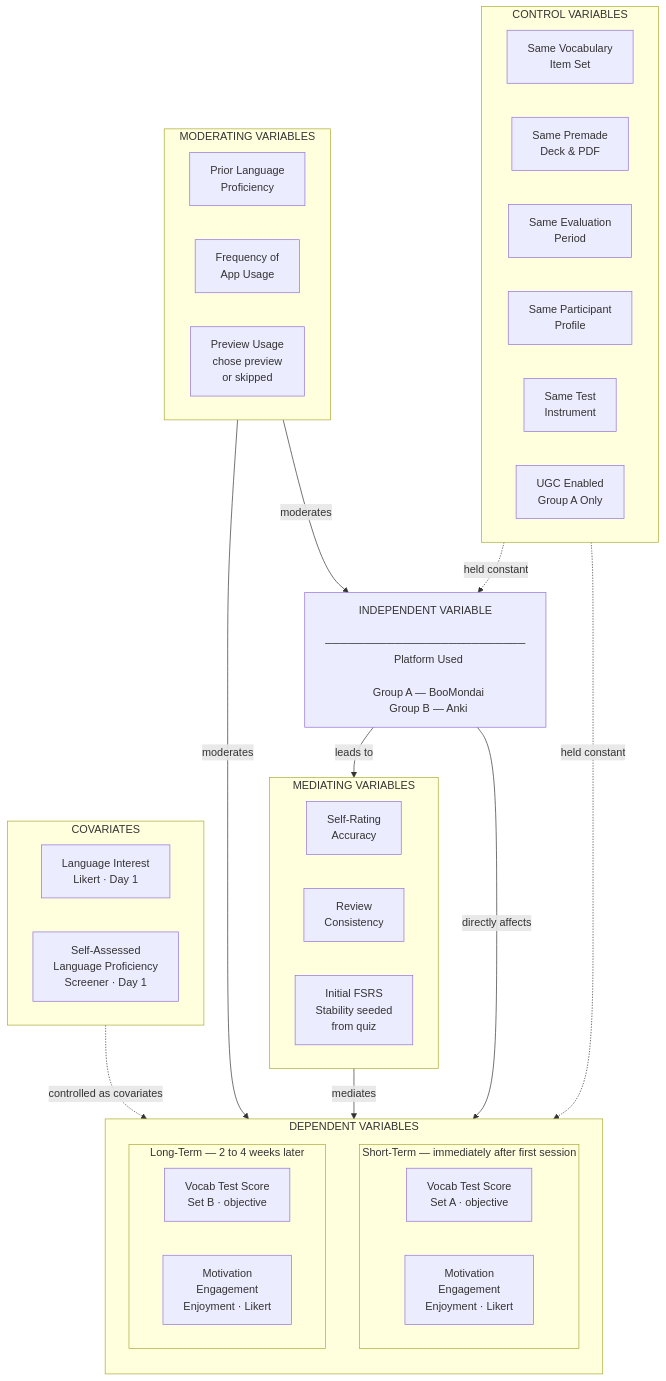
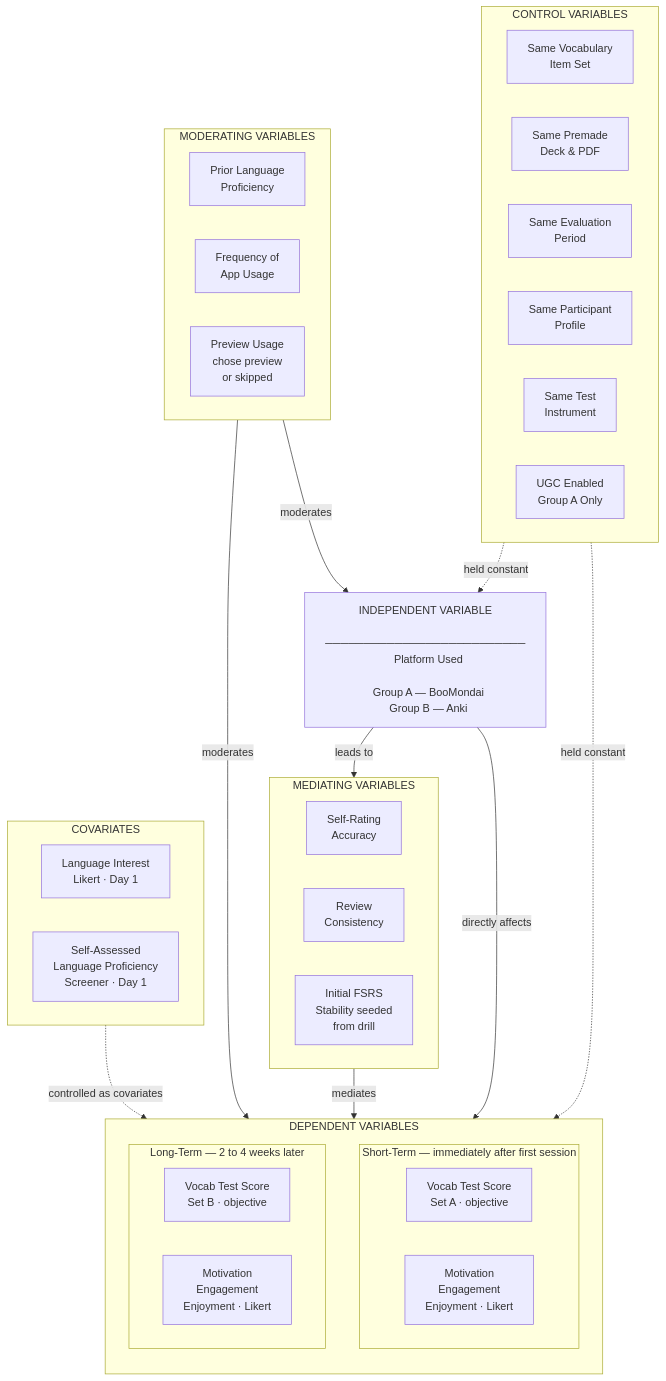
Before and after one commit to GuyWithBag/boo_mondai: the diagram in references/capstone_conceptual_framework.md, drawn with Mermaid. The commit also changed 138 other files, not shown here.

```diff
--- a/references/capstone_conceptual_framework.md
+++ b/references/capstone_conceptual_framework.md
@@ -40,7 +40,7 @@
     Consistency"]
     ME3["Initial FSRS
     Stability seeded
-    from quiz"]
+    from drill"]
   end
 
   subgraph DV["  DEPENDENT VARIABLES  "]
```
